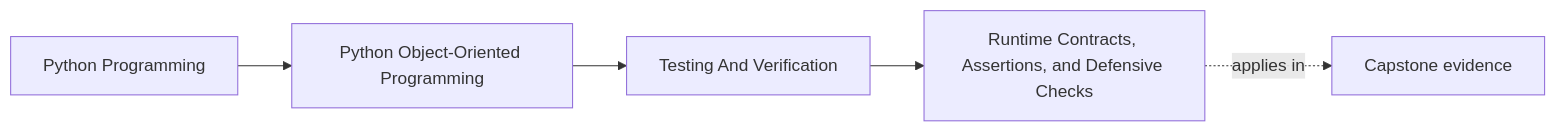
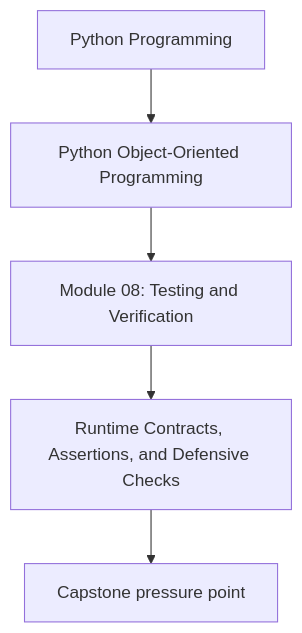
One commit to bijux/bijux-masterclass changed the first of 2 diagrams in programs/python-programming/python-object-oriented-programming/course-book/module-08-testing-and-verification/runtime-contracts-assertions-and-defensive-checks.md. Above: the diagram before and after it, drawn with Mermaid. The commit also changed other lines of this file and 107 other files, not shown here.

Commit message:
docs(python-object-oriented-programming): align concept page diagrams

````diff
--- a/programs/python-programming/python-object-oriented-programming/course-book/module-08-testing-and-verification/runtime-contracts-assertions-and-defensive-checks.md
+++ b/programs/python-programming/python-object-oriented-programming/course-book/module-08-testing-and-verification/runtime-contracts-assertions-and-defensive-checks.md
@@ -7,11 +7,7 @@
 ```mermaid
-graph LR
-  family["Python Programming"]
-  program["Python Object-Oriented Programming"]
-  section["Testing And Verification"]
-  page["Runtime Contracts, Assertions, and Defensive Checks"]
-  capstone["Capstone evidence"]
-
-  family --> program --> section --> page
-  page -.applies in.-> capstone
+flowchart TD
+  family["Python Programming"] --> program["Python Object-Oriented Programming"]
+  program --> module["Module 08: Testing and Verification"]
+  module --> concept["Runtime Contracts, Assertions, and Defensive Checks"]
+  concept --> capstone["Capstone pressure point"]
 ```
````
